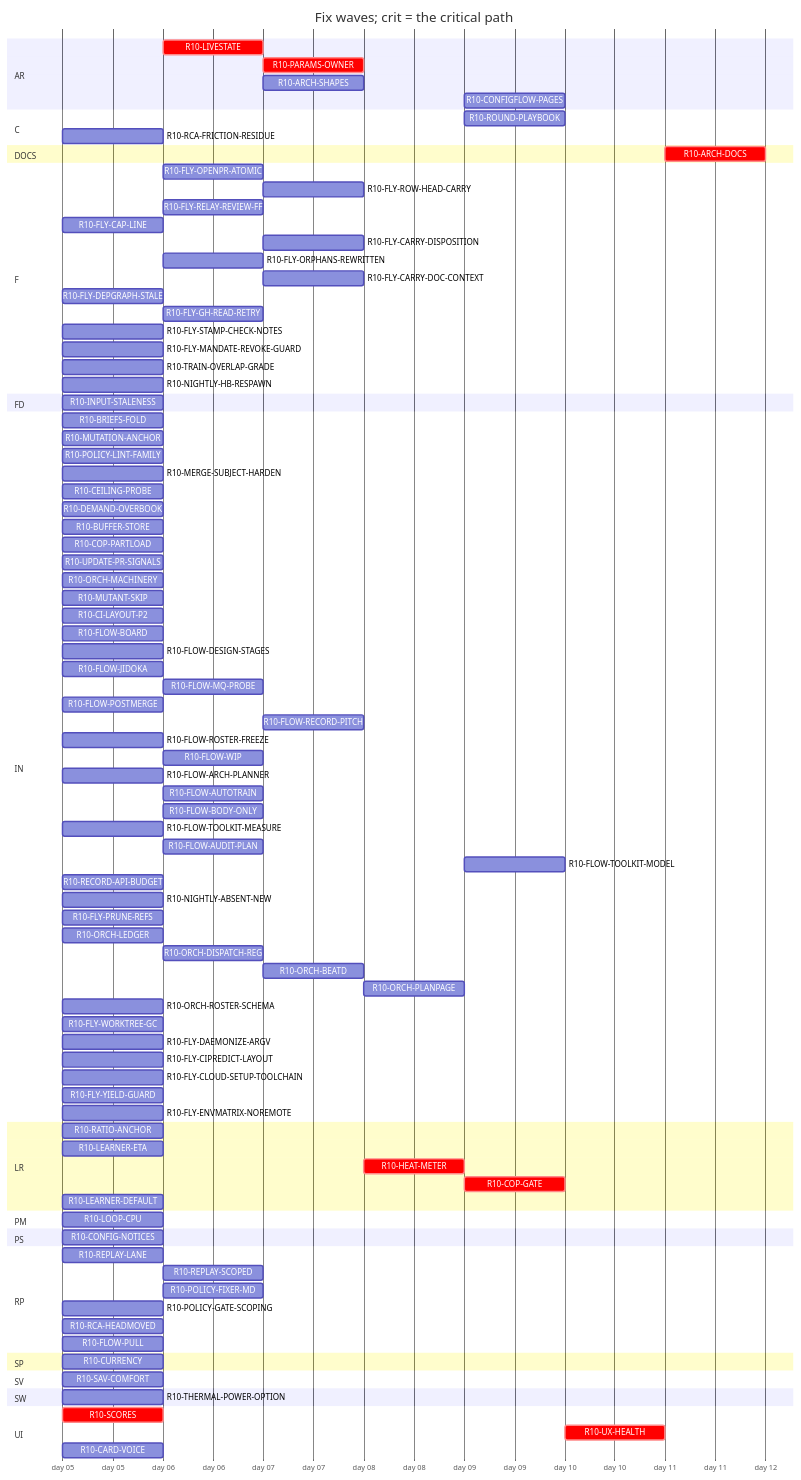
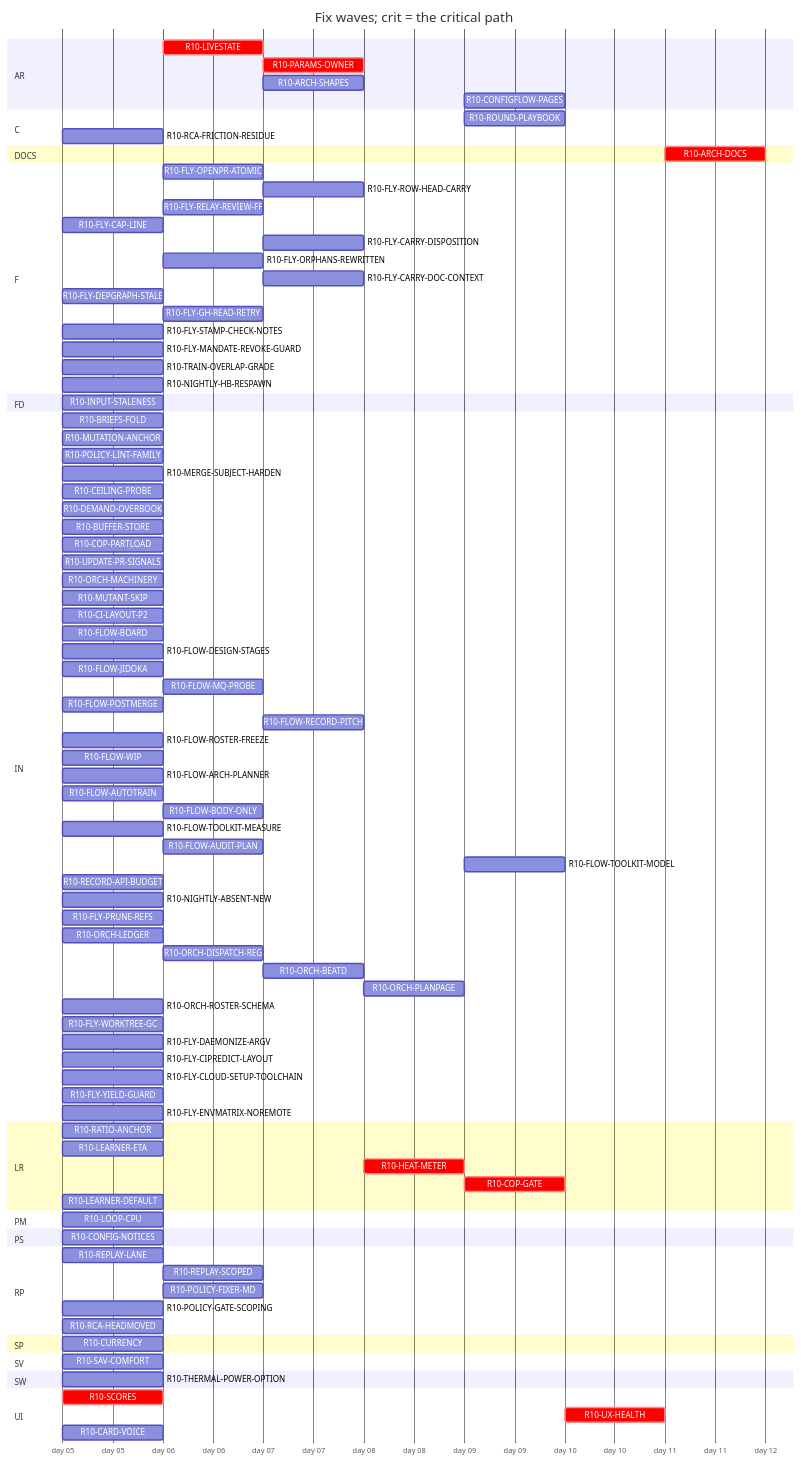
Before and after one commit to tvofi/heatpump_optimizer: the diagram in handoff/round10/state/PLAN-TABLE.md, drawn with Mermaid. The commit also changed other lines of this file and 2 other files, not shown here.

```diff
--- a/handoff/round10/state/PLAN-TABLE.md
+++ b/handoff/round10/state/PLAN-TABLE.md
@@ -73,11 +73,11 @@
     R10-FLOW-JIDOKA :r10FLOWJIDOKA, 2026-01-05, 1d
     R10-FLOW-MQ-PROBE :r10FLOWMQPROBE, after r10CILAYOUTP2, 1d
     R10-FLOW-POSTMERGE :r10FLOWPOSTMERGE, 2026-01-05, 1d
-    R10-FLOW-RECORD-PITCH :r10FLOWRECORDPITCH, after r10CILAYOUTP2 r10FLOWPULL r10FLOWMQPROBE, 1d
+    R10-FLOW-RECORD-PITCH :r10FLOWRECORDPITCH, after r10CILAYOUTP2 r10FLOWMQPROBE, 1d
     R10-FLOW-ROSTER-FREEZE :r10FLOWROSTERFREEZE, 2026-01-05, 1d
-    R10-FLOW-WIP :r10FLOWWIP, after r10FLOWPULL, 1d
+    R10-FLOW-WIP :r10FLOWWIP, 2026-01-05, 1d
     R10-FLOW-ARCH-PLANNER :r10FLOWARCHPLANNER, 2026-01-05, 1d
-    R10-FLOW-AUTOTRAIN :r10FLOWAUTOTRAIN, after r10FLOWPULL, 1d
+    R10-FLOW-AUTOTRAIN :r10FLOWAUTOTRAIN, 2026-01-05, 1d
     R10-FLOW-BODY-ONLY :r10FLOWBODYONLY, after r10UPDATEPRSIGNALS, 1d
     R10-FLOW-TOOLKIT-MEASURE :r10FLOWTOOLKITMEASURE, 2026-01-05, 1d
     R10-FLOW-AUDIT-PLAN :r10FLOWAUDITPLAN, after r10FLOWARCHPLANNER r10FLOWTOOLKITMEASURE, 1d
@@ -112,7 +112,6 @@
     R10-POLICY-FIXER-MD :r10POLICYFIXERMD, after r10BRIEFSFOLD, 1d
     R10-POLICY-GATE-SCOPING :r10POLICYGATESCOPING, 2026-01-05, 1d
     R10-RCA-HEADMOVED :r10RCAHEADMOVED, 2026-01-05, 1d
-    R10-FLOW-PULL :r10FLOWPULL, 2026-01-05, 1d
   section SP
     R10-CURRENCY :r10CURRENCY, 2026-01-05, 1d
   section SV
```
